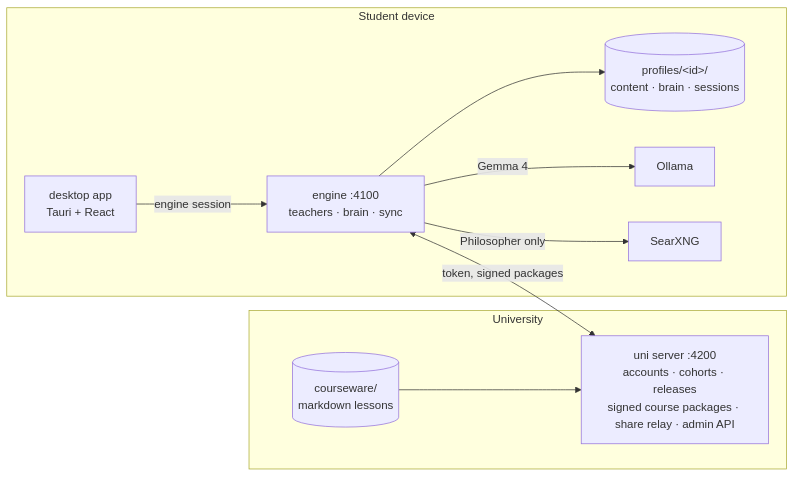
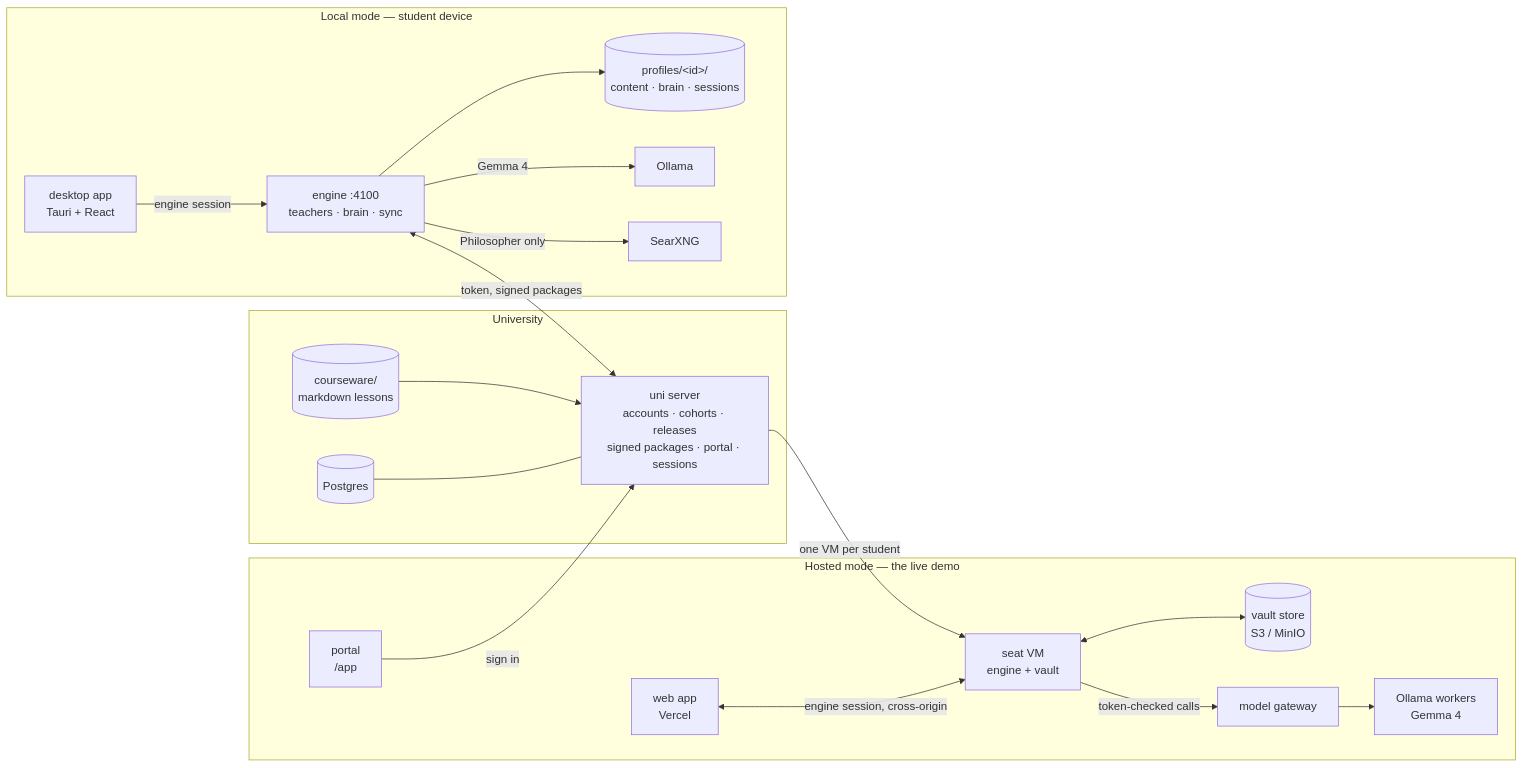
One commit to Larry8668/saint-elms-fire-app changed the diagram in README.md. Above: the diagram before and after it, drawn with Mermaid. The commit also changed other lines of this file, not shown here.

First line of the commit message:
docs(readme): refresh for hosted seats and the post-release feature set (#116)

````diff
--- a/README.md
+++ b/README.md
@@ -68,15 +94,23 @@
 ```mermaid
 flowchart LR
   subgraph University
-    U[uni server :4200<br/>accounts · cohorts · releases<br/>signed course packages · share relay · admin API]
-    C[(courseware/<br/>markdown lessons)]
-    C --> U
+    U[uni server<br/>accounts · cohorts · releases<br/>signed packages · portal · sessions]
+    C[(courseware/<br/>markdown lessons)] --> U
+    DB[(Postgres)] --- U
   end
-  subgraph Device["Student device"]
+  subgraph Hosted["Hosted mode — the live demo"]
+    P[portal<br/>/app] -->|sign in| U
+    U -->|one VM per student| VM[seat VM<br/>engine + vault]
+    VM <--> ST[(vault store<br/>S3 / MinIO)]
+    WA[web app<br/>Vercel] <-->|engine session, cross-origin| VM
+    VM -->|token-checked calls| GW[model gateway]
+    GW --> OL[Ollama workers<br/>Gemma 4]
+  end
+  subgraph Device["Local mode — student device"]
     A[desktop app<br/>Tauri + React] -->|engine session| E[engine :4100<br/>teachers · brain · sync]
-    E --> P[(profiles/&lt;id&gt;/<br/>content · brain · sessions)]
+    E --> PF[(profiles/&lt;id&gt;/<br/>content · brain · sessions)]
     E -->|Gemma 4| O[Ollama]
     E -->|Philosopher only| S[SearXNG]
   end
   E <-->|token, signed packages| U
 ```
````
